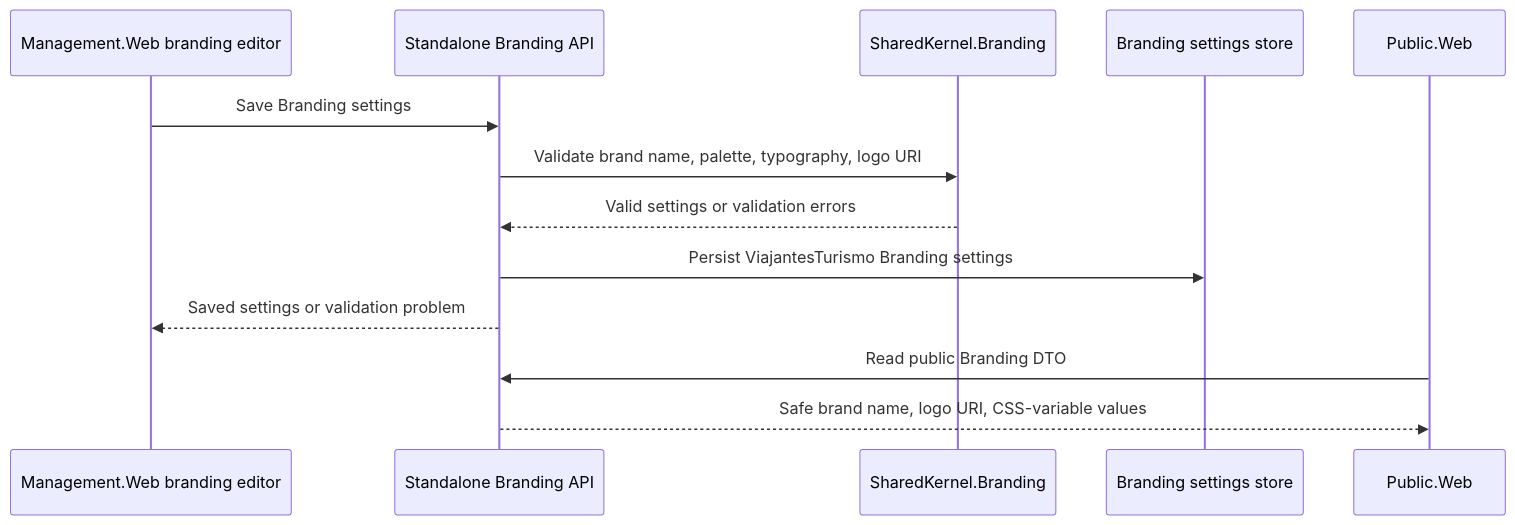
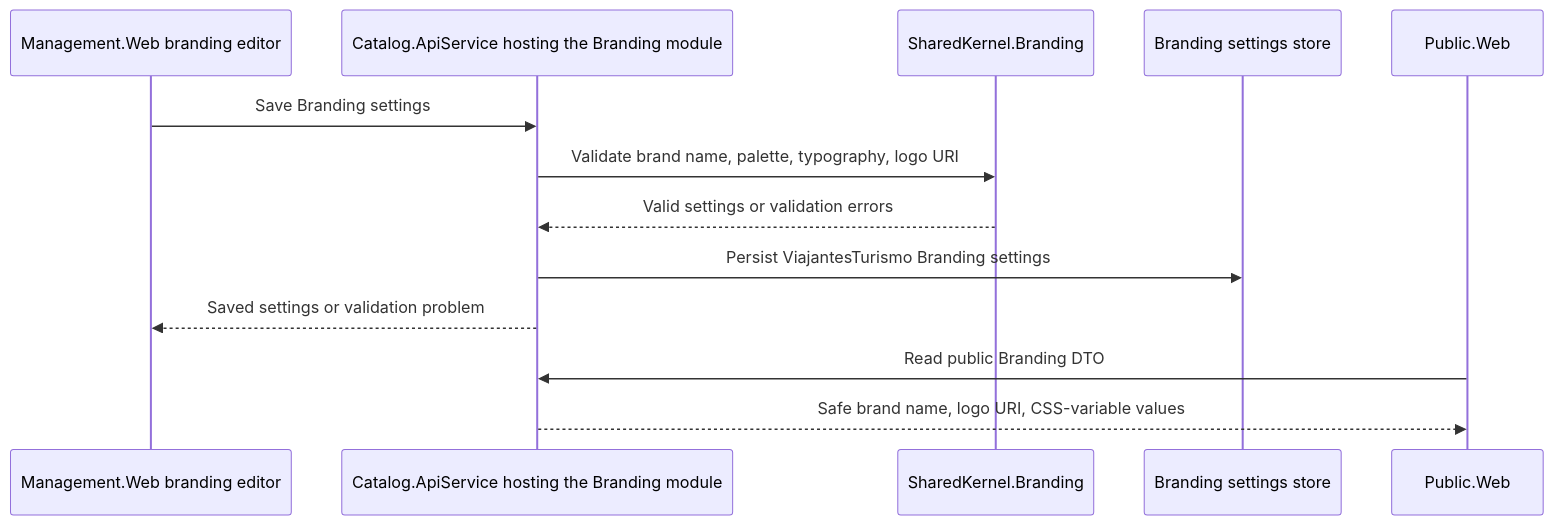
The ninth of 12 diagrams in docs/architecture/FLOWS.md (danigutsch/ViajantesTurismo), drawn with Mermaid before and after one commit. The commit also changed other lines of this file and 169 other files, not shown here.

First line of the commit message:
feat(branding)!: remove the standalone Branding host and Admin HTTP edge (#1251)

````diff
--- a/docs/architecture/FLOWS.md
+++ b/docs/architecture/FLOWS.md
@@ -317,16 +317,16 @@
 ```mermaid
 sequenceDiagram
     participant Editor as Management.Web branding editor
-    participant API as Standalone Branding API
+    participant API as Catalog.ApiService hosting the Branding module
     participant Core as SharedKernel.Branding
     participant Store as Branding settings store
     participant Public as Public.Web
 
     Editor->>API: Save Branding settings
     API->>Core: Validate brand name, palette, typography, logo URI
     Core-->>API: Valid settings or validation errors
     API->>Store: Persist ViajantesTurismo Branding settings
     API-->>Editor: Saved settings or validation problem
     Public->>API: Read public Branding DTO
     API-->>Public: Safe brand name, logo URI, CSS-variable values
 ```
````
